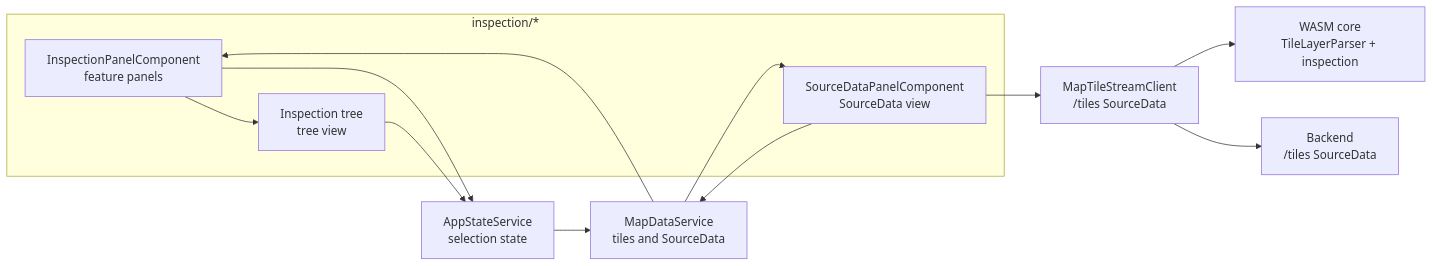
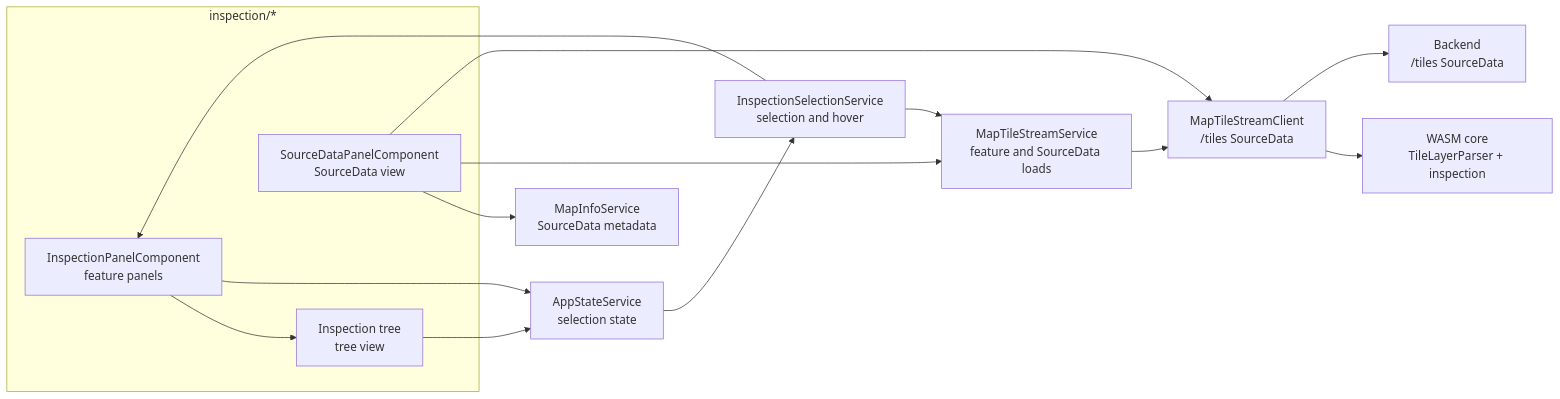
One commit to ndsev/erdblick changed the sixth of 10 diagrams in docs/erdblick-dev-guide.md. Above: the diagram before and after it, drawn with Mermaid. The commit also changed other lines of this file and 43 other files, not shown here.

Commit message:
Split up the MapDataService

````diff
--- a/docs/erdblick-dev-guide.md
+++ b/docs/erdblick-dev-guide.md
@@ -315,25 +394,29 @@
 ```mermaid
 flowchart LR
   subgraph inspection_dir[inspection/*]
     InspectPanel[InspectionPanelComponent<br>feature panels]
     InspectTree[Inspection tree<br>tree view]
     SourcePanel[SourceDataPanelComponent<br>SourceData view]
   end
   State[AppStateService<br>selection state]
-  MapSvc[MapDataService<br>tiles and SourceData]
+  MapInfo[MapInfoService<br>SourceData metadata]
+  InspectionSelection[InspectionSelectionService<br>selection and hover]
+  TileStreamSvc[MapTileStreamService<br>feature and SourceData loads]
   TileStream[MapTileStreamClient<br>/tiles SourceData]
   Core[WASM core<br>TileLayerParser + inspection]
   Backend[Backend<br>/tiles SourceData]
 
   InspectPanel --> InspectTree
   InspectPanel --> State
   InspectTree --> State
 
-  State --> MapSvc
-  MapSvc --> InspectPanel
-  MapSvc --> SourcePanel
-  SourcePanel --> MapSvc
+  State --> InspectionSelection
+  InspectionSelection --> TileStreamSvc
+  InspectionSelection --> InspectPanel
+  SourcePanel --> MapInfo
+  SourcePanel --> TileStreamSvc
   SourcePanel --> TileStream
+  TileStreamSvc --> TileStream
   TileStream --> Core
   TileStream --> Backend
 ```
````
